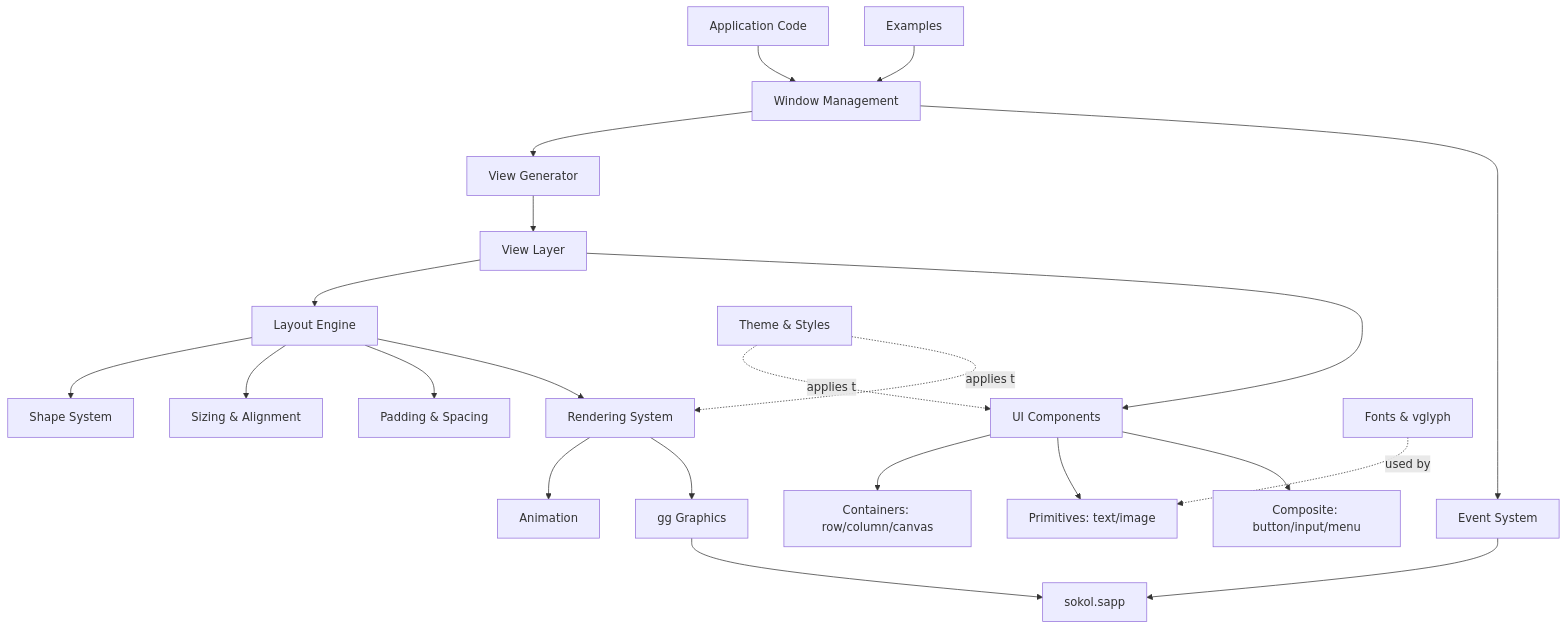
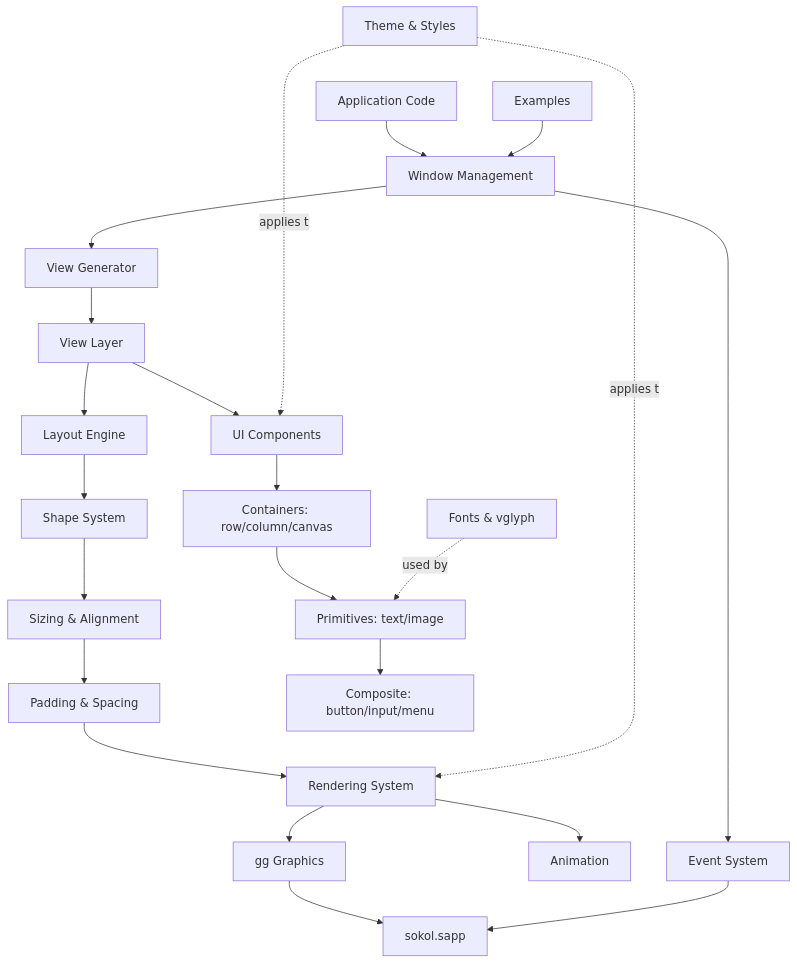
The first of 3 diagrams in docs/ARCHITECTURE.md (vlang/gui), drawn with Mermaid before and after one commit.

Commit message:
doc: improve architecture mermaid diagram layout
Use flowchart TD, reorder for vertical grouping.

````diff
--- a/docs/ARCHITECTURE.md
+++ b/docs/ARCHITECTURE.md
@@ -9,31 +9,38 @@
 ```mermaid
-graph TD
+flowchart TD
     App[Application Code] --> Window[Window Management]
     Examples[Examples] --> Window
-    
+
     Window --> ViewGen[View Generator]
     Window --> Events[Event System]
-    
+
     ViewGen --> View[View Layer]
+
+    %% Vertical grouping for View/Core UI hierarchy
     View --> Layout[Layout Engine]
-    
+    View --> Components[UI Components]
+
+    %% Stack Layout Engine children vertically
     Layout --> Shape[Shape System]
-    Layout --> Sizing[Sizing & Alignment]
-    Layout --> Padding[Padding & Spacing]
-    
-    View --> Components[UI Components]
+    Shape --> Sizing[Sizing & Alignment]
+    Sizing --> Padding[Padding & Spacing]
+    Padding --> Renderer[Rendering System]
+    Renderer --> Animation[Animation]
+    Renderer --> GG[gg Graphics]
+    GG --> SAPP[sokol.sapp]
+    Events --> SAPP
+
+    %% Make the component break-out less horizontal
     Components --> Containers[Containers: row/column/canvas]
-    Components --> Primitives[Primitives: text/image]
-    Components --> Composite[Composite: button/input/menu]
-    
-    Layout --> Renderer[Rendering System]
-    Renderer --> Animation[Animation]
-    
-    Renderer --> GG[gg Graphics]
-    Events --> SAPP[sokol.sapp]
-    GG --> SAPP
-    
+    Containers --> Primitives[Primitives: text/image]
+    Primitives --> Composite[Composite: button/input/menu]
+
+    %% Theme & Fonts positioning
     Theme[Theme & Styles] -.applies to.-> Components
     Theme -.applies to.-> Renderer
     Fonts[Fonts & vglyph] -.used by.-> Primitives
+
+    %% Invisible links to promote verticality
+    Theme ~~~ App
+    Fonts ~~~ Primitives
 ```
````
